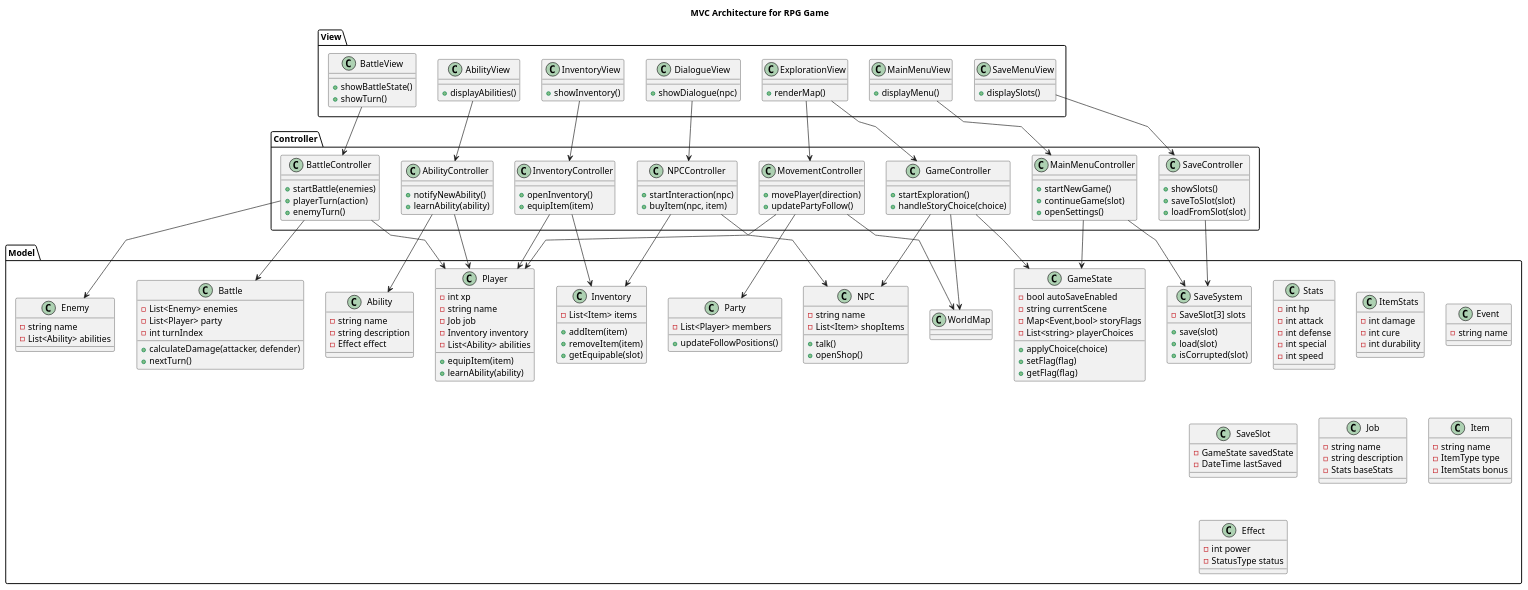
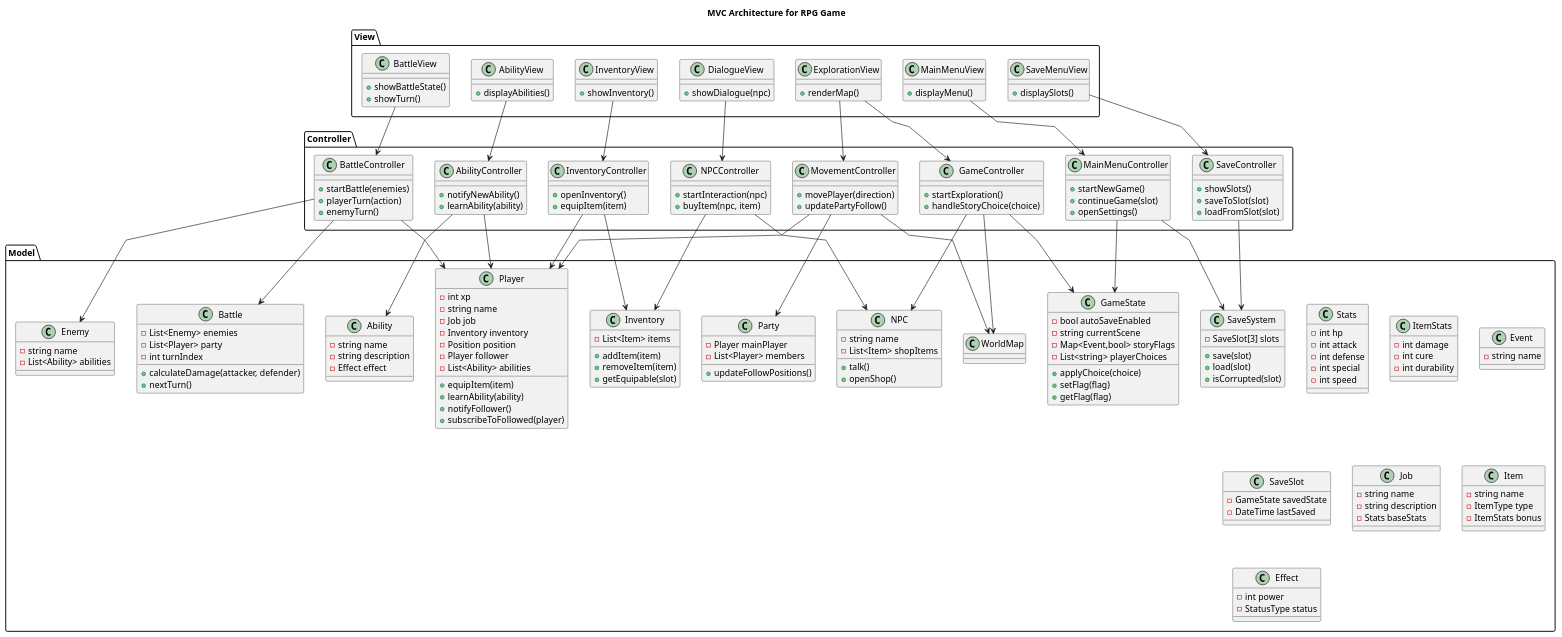
One commit to samMM-cs/iss-team2 changed the diagram in mvc.puml. Above: the diagram before and after it, drawn with PlantUML.

Commit message:
use observer design pattern for US13

```diff
--- a/mvc.puml
+++ b/mvc.puml
@@ -1,10 +1,6 @@
-@startuml MVC2
+@startuml MVC
 skinparam Linetype polyline
 title MVC Architecture for RPG Game
-
-
-
-
 
 package "Model" {
 
@@ -53,9 +49,13 @@
         - string name
         - Job job
         - Inventory inventory
+        - Position position
+        - Player follower
         - List<Ability> abilities
         + equipItem(item)
         + learnAbility(ability)
+        + notifyFollower()
+        + subscribeToFollowed(player)
     }
 
     class Job {
@@ -88,6 +88,7 @@
     }
 
     class Party {
+        - Player mainPlayer
         - List<Player> members
         + updateFollowPositions()
     }
@@ -117,10 +118,6 @@
     }
 
 }
-
-
-
-
 
 package "Controller" {
 
@@ -169,10 +166,6 @@
 
 }
 
-
-
-
-
 package "View" {
 
     class MainMenuView {
@@ -205,11 +198,6 @@
     }
 
 }
-
-
-
-
-
 
 MainMenuController --> GameState
 MainMenuController --> SaveSystem
```
